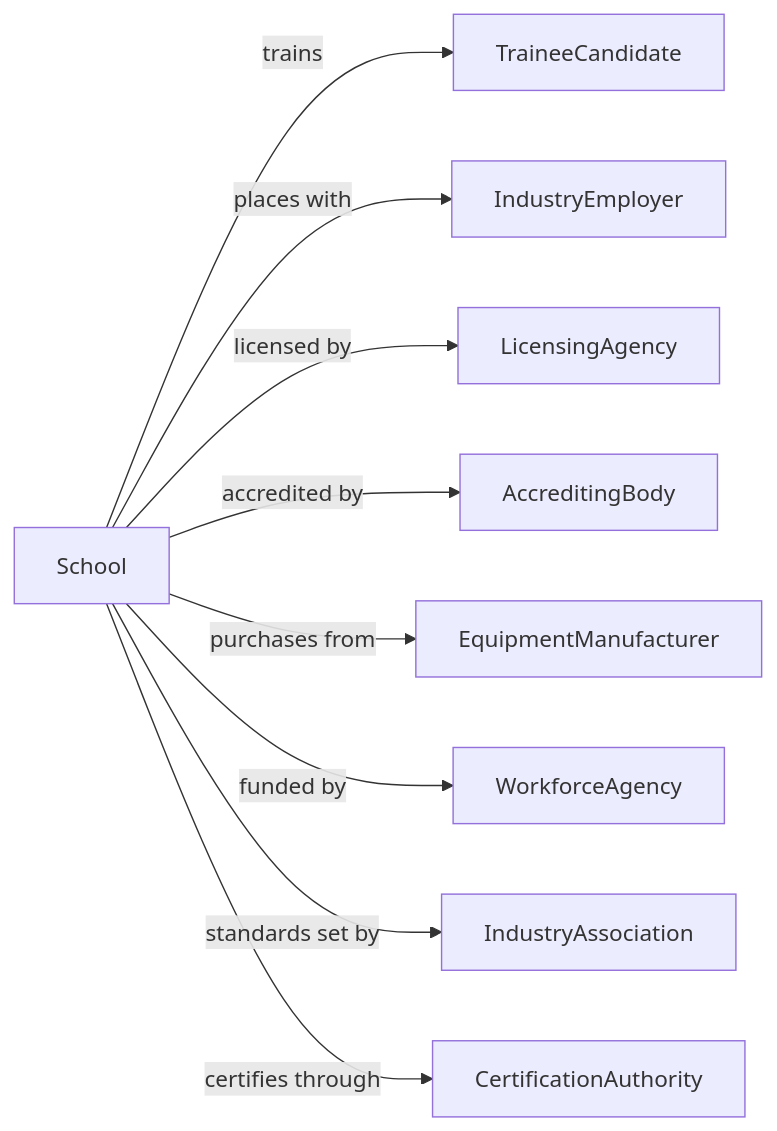
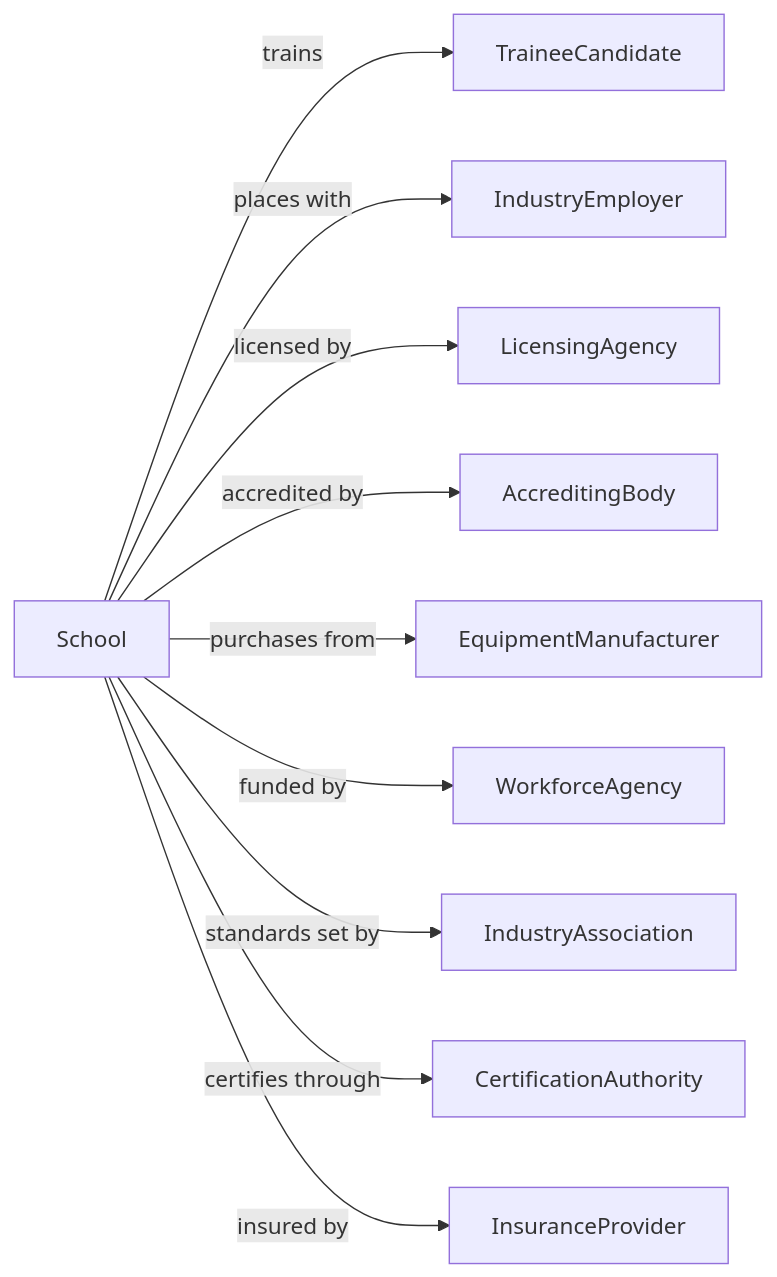
One commit to dot-org-ai/industries.org.ai changed the second of 2 diagrams in Education/Education/TechnicalAndTradeSchools/OtherTechnicalAndTradeSchools.mdx. Above: the diagram before and after it, drawn with Mermaid. The commit also changed 588 other files, not shown here.

````diff
--- a/Education/Education/TechnicalAndTradeSchools/OtherTechnicalAndTradeSchools.mdx
+++ b/Education/Education/TechnicalAndTradeSchools/OtherTechnicalAndTradeSchools.mdx
@@ -140,13 +140,14 @@
 ```mermaid
 graph LR
     S[School]
 
     S -->|trains| TraineeCandidate
     S -->|places with| IndustryEmployer
     S -->|licensed by| LicensingAgency
     S -->|accredited by| AccreditingBody
     S -->|purchases from| EquipmentManufacturer
     S -->|funded by| WorkforceAgency
     S -->|standards set by| IndustryAssociation
     S -->|certifies through| CertificationAuthority
+    S -->|insured by| InsuranceProvider
 ```
````
